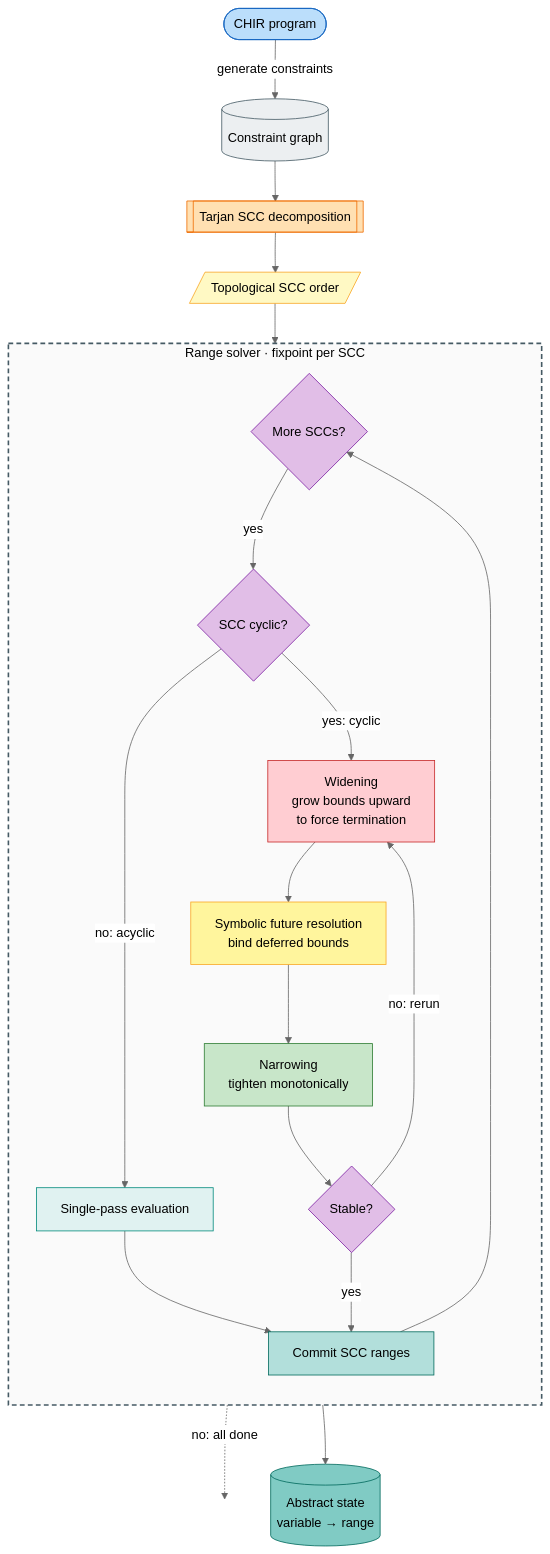
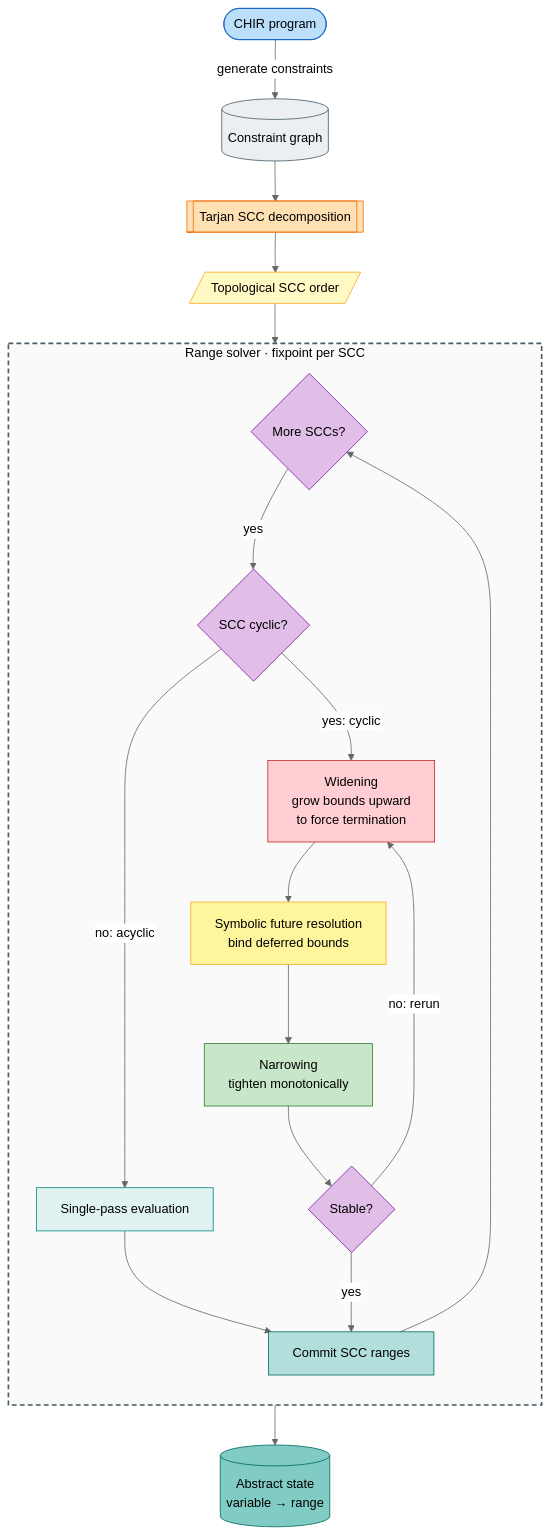
The second of 2 diagrams in README.md (bernborgess/CangjieRangeAnalysis), drawn with Mermaid (neutral theme) before and after one commit. The commit also changed other lines of this file, not shown here.

Commit message:
Update README.md with folded pipeline

````diff
--- a/README.md
+++ b/README.md
@@ -70,52 +74,48 @@
 ```mermaid
 flowchart TD
     %% ── Pipeline (what the outside world sees) ──
     CHIR([CHIR program]):::input
     CG[(Constraint graph)]:::structure
     SCC[[Tarjan SCC decomposition]]:::analysis
     ORDER[/Topological SCC order/]:::order
     OUT[(Abstract state<br/>variable → range)]:::result
 
     CHIR -->|generate constraints| CG
     CG --> SCC
     SCC --> ORDER
     ORDER --> SOLVER
     SOLVER --> OUT
 
-    %% ── Solver (implementation detail, hidden behind one bubble) ──
     subgraph SOLVER["Range solver · fixpoint per SCC"]
         direction TB
         NEXT{More SCCs?}:::decision
         CYC{SCC cyclic?}:::decision
         EVAL[Single-pass evaluation]:::eval
         W[Widening<br/>grow bounds upward<br/>to force termination]:::widen
         F[Symbolic future resolution<br/>bind deferred bounds]:::future
         N[Narrowing<br/>tighten monotonically]:::narrow
         STABLE{Stable?}:::decision
         COMMIT[Commit SCC ranges]:::commit
 
         NEXT -->|yes| CYC
         CYC -->|no: acyclic| EVAL --> COMMIT
         CYC -->|yes: cyclic| W --> F --> N --> STABLE
         STABLE -->|no: rerun| W
         STABLE -->|yes| COMMIT
         COMMIT --> NEXT
     end
 
-    NEXT -.->|no: all done| EXIT(( )):::hidden
-
     classDef input fill:#bbdefb,stroke:#1565c0,color:#000
     classDef structure fill:#eceff1,stroke:#455a64,color:#000
     classDef analysis fill:#ffe0b2,stroke:#ef6c00,color:#000
     classDef order fill:#fff9c4,stroke:#f9a825,color:#000
     classDef decision fill:#e1bee7,stroke:#7b1fa2,color:#000
     classDef eval fill:#e0f2f1,stroke:#00897b,color:#000
     classDef widen fill:#ffcdd2,stroke:#c62828,color:#000
     classDef future fill:#fff59d,stroke:#f9a825,color:#000
     classDef narrow fill:#c8e6c9,stroke:#2e7d32,color:#000
     classDef commit fill:#b2dfdb,stroke:#00695c,color:#000
     classDef result fill:#80cbc4,stroke:#00695c,color:#000
-    classDef hidden fill:none,stroke:none,color:#0000
 
     style SOLVER fill:#fafafa,stroke:#455a64,stroke-width:2px,stroke-dasharray:6 4,color:#000
 ```
````
